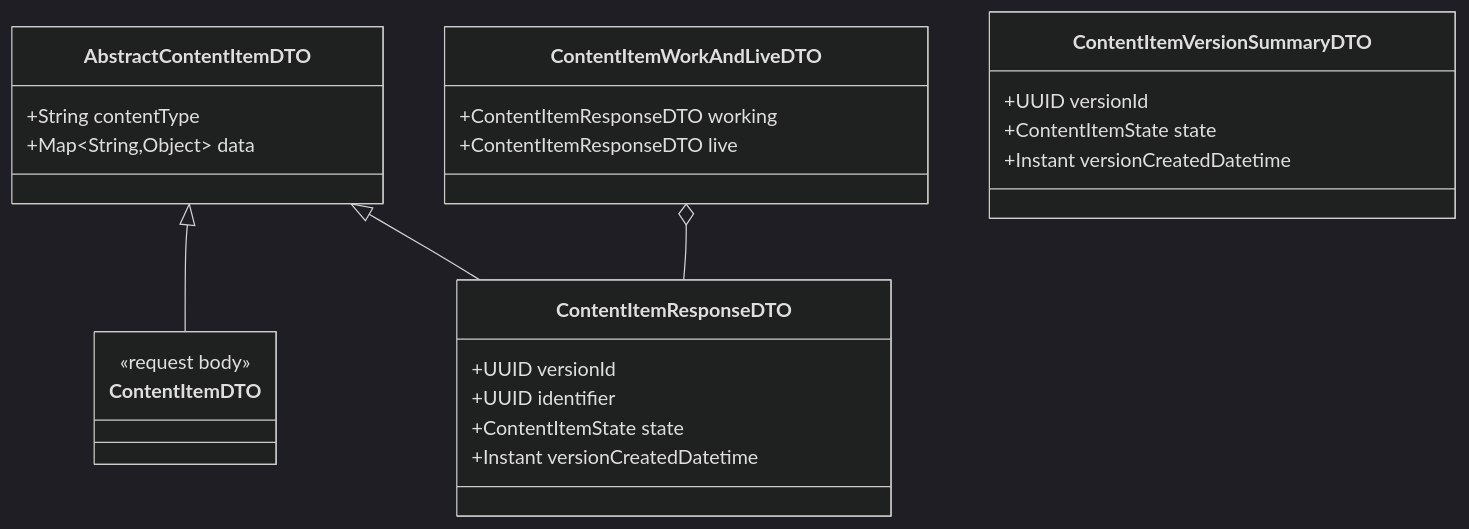
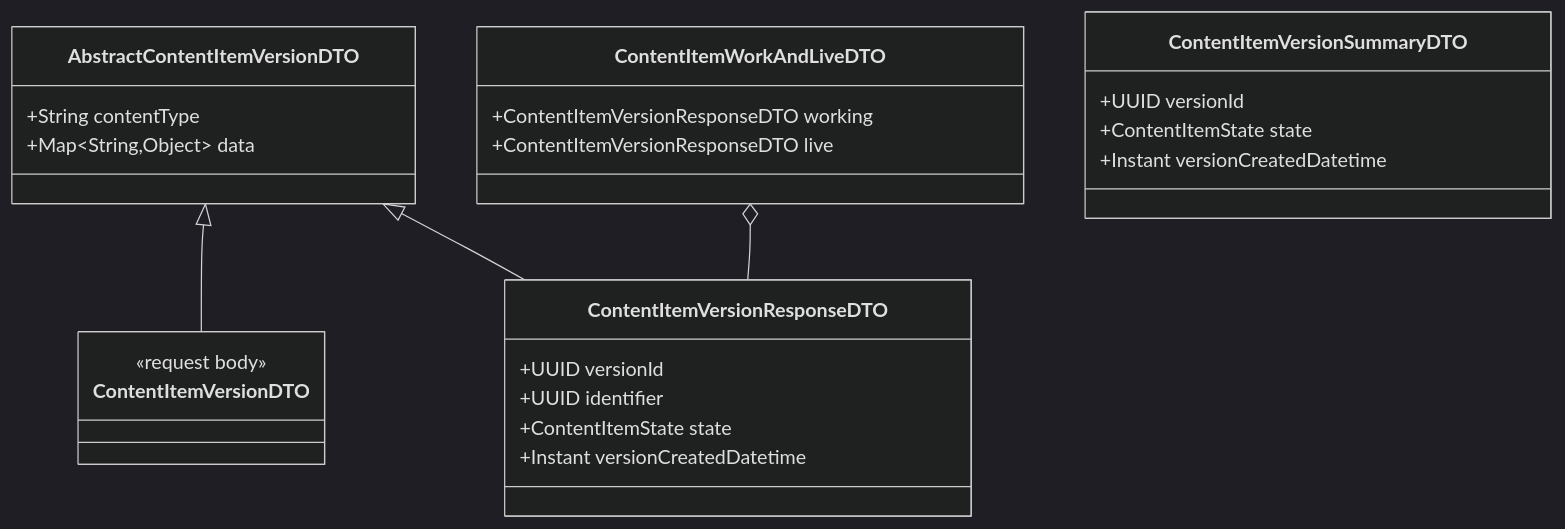
One commit to PaulDMooney/Contented_Java changed the sixth of 7 diagrams in docs/content-model.md. Above: the diagram before and after it, drawn with Mermaid (dark theme). The commit also changed other lines of this file and 40 other files, not shown here.

First line of the commit message:
refactor: rename content_item table/entity/DTOs to content_item_version

````diff
--- a/docs/content-model.md
+++ b/docs/content-model.md
@@ -238,29 +239,29 @@
 ```mermaid
 classDiagram
-    class AbstractContentItemDTO {
+    class AbstractContentItemVersionDTO {
         +String contentType
         +Map~String,Object~ data
     }
-    class ContentItemDTO {
+    class ContentItemVersionDTO {
         <<request body>>
     }
-    class ContentItemResponseDTO {
+    class ContentItemVersionResponseDTO {
         +UUID versionId
         +UUID identifier
         +ContentItemState state
         +Instant versionCreatedDatetime
     }
     class ContentItemWorkAndLiveDTO {
-        +ContentItemResponseDTO working
-        +ContentItemResponseDTO live
+        +ContentItemVersionResponseDTO working
+        +ContentItemVersionResponseDTO live
     }
     class ContentItemVersionSummaryDTO {
         +UUID versionId
         +ContentItemState state
         +Instant versionCreatedDatetime
     }
 
-    AbstractContentItemDTO <|-- ContentItemDTO
-    AbstractContentItemDTO <|-- ContentItemResponseDTO
-    ContentItemWorkAndLiveDTO o-- ContentItemResponseDTO
+    AbstractContentItemVersionDTO <|-- ContentItemVersionDTO
+    AbstractContentItemVersionDTO <|-- ContentItemVersionResponseDTO
+    ContentItemWorkAndLiveDTO o-- ContentItemVersionResponseDTO
 ```
````
